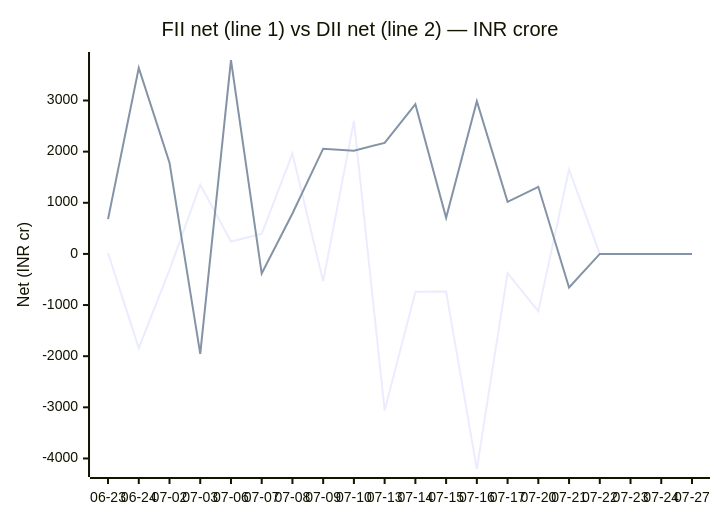
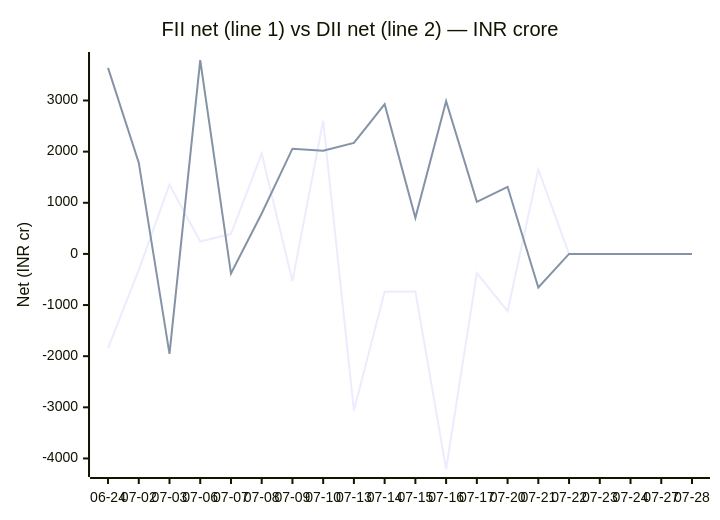
Before and after one commit to chirag127/fii-dii-activity-api: the diagram in README.md, drawn with Mermaid. The commit also changed 2 other files, not shown here.

Commit message:
data: scrape 2026-07-28

````diff
--- a/README.md
+++ b/README.md
@@ -21,8 +21,8 @@
 ```mermaid
 xychart-beta
     title "FII net (line 1) vs DII net (line 2) — INR crore"
-    x-axis ["06-23", "06-24", "07-02", "07-03", "07-06", "07-07", "07-08", "07-09", "07-10", "07-13", "07-14", "07-15", "07-16", "07-17", "07-20", "07-21", "07-22", "07-23", "07-24", "07-27"]
+    x-axis ["06-24", "07-02", "07-03", "07-06", "07-07", "07-08", "07-09", "07-10", "07-13", "07-14", "07-15", "07-16", "07-17", "07-20", "07-21", "07-22", "07-23", "07-24", "07-27", "07-28"]
     y-axis "Net (INR cr)" -4206 --> 3792
-    line [17.86, -1843.4, -311.82, 1355.33, 243.03, 393.19, 1962.8, -532.86, 2603.72, -3062.27, -739.69, -735.83, -4205.56, -376.41, -1121.04, 1650.16, 0, 0, 0, 0]
-    line [680.21, 3637.26, 1784.4, -1953.89, 3791.42, -383.43, 790.16, 2057.79, 2019.68, 2171.7, 2927.71, 704.93, 2986.41, 1017.89, 1312.03, -656.88, 0, 0, 0, 0]
+    line [-1843.4, -311.82, 1355.33, 243.03, 393.19, 1962.8, -532.86, 2603.72, -3062.27, -739.69, -735.83, -4205.56, -376.41, -1121.04, 1650.16, 0, 0, 0, 0, 0]
+    line [3637.26, 1784.4, -1953.89, 3791.42, -383.43, 790.16, 2057.79, 2019.68, 2171.7, 2927.71, 704.93, 2986.41, 1017.89, 1312.03, -656.88, 0, 0, 0, 0, 0]
 ```
````
